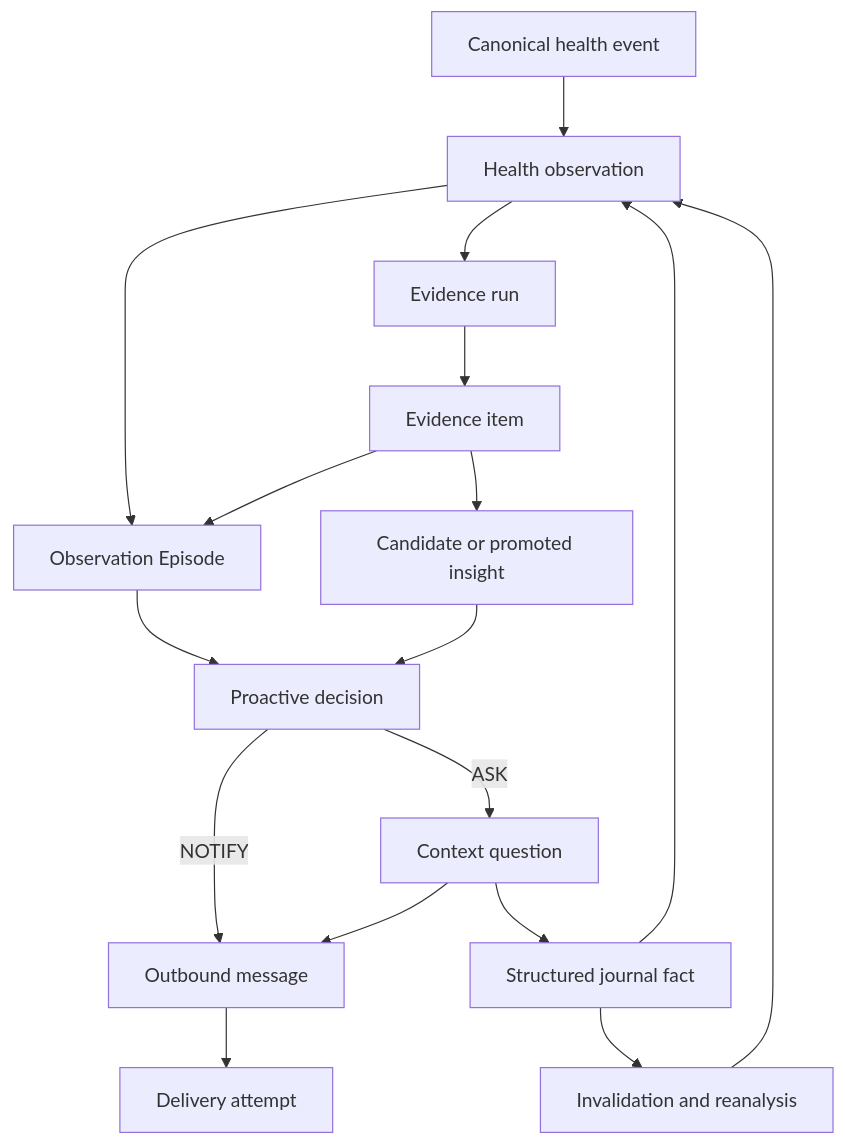
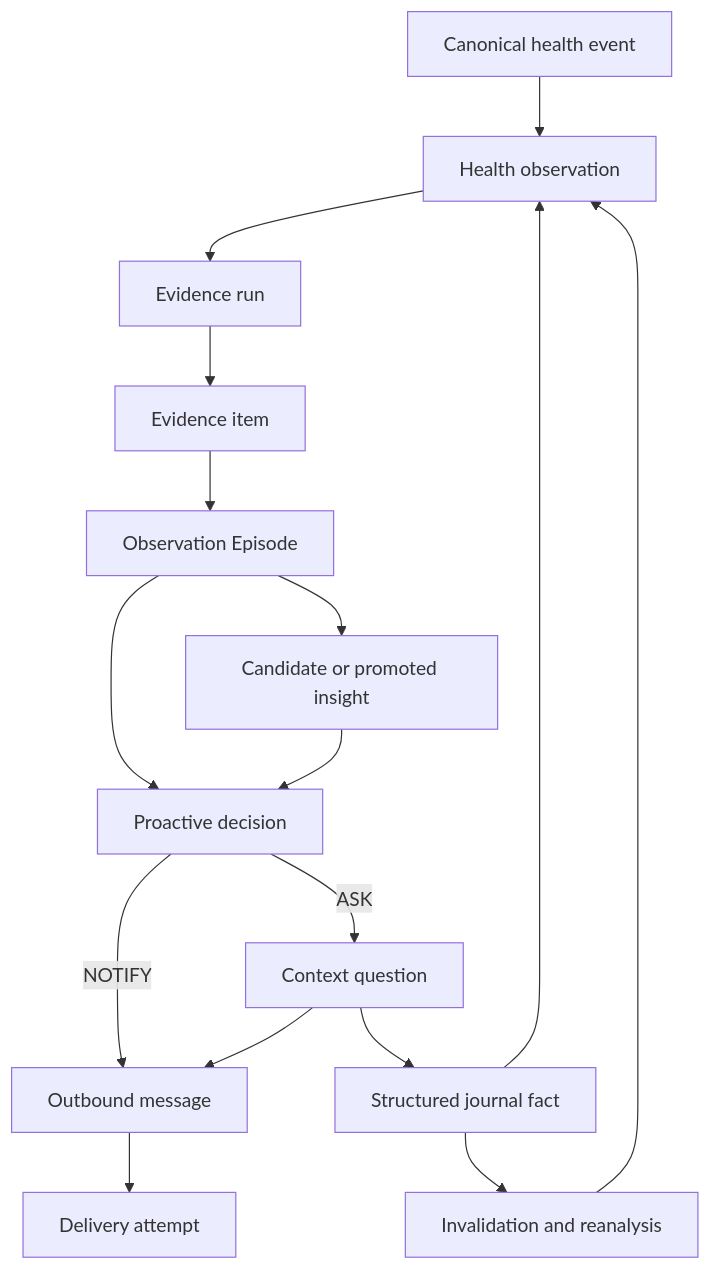
Before and after one commit to enjoyfulwen0204-eng/whoop-briefing: the first of 6 diagrams in docs/phase4-architecture.md, drawn with Mermaid. The commit also changed other lines of this file, not shown here.

Commit message:
docs: repair phase 4 architecture gate findings

```diff
--- a/docs/phase4-architecture.md
+++ b/docs/phase4-architecture.md
@@ -169,19 +170,18 @@
 ~~~mermaid
 flowchart TD
     C[Canonical health event] --> O[Health observation]
     J[Structured journal fact] --> O
-    O --> E[Observation Episode]
     O --> R[Evidence run]
     R --> I[Evidence item]
-    I --> E
-    I --> M[Candidate or promoted insight]
+    I --> E[Observation Episode]
+    E --> M[Candidate or promoted insight]
     E --> D[Proactive decision]
     M --> D
     D -->|ASK| Q[Context question]
     D -->|NOTIFY| X[Outbound message]
     Q --> X
     X --> A[Delivery attempt]
     Q --> J
     J --> Z[Invalidation and reanalysis]
     Z --> O
 ~~~
```
